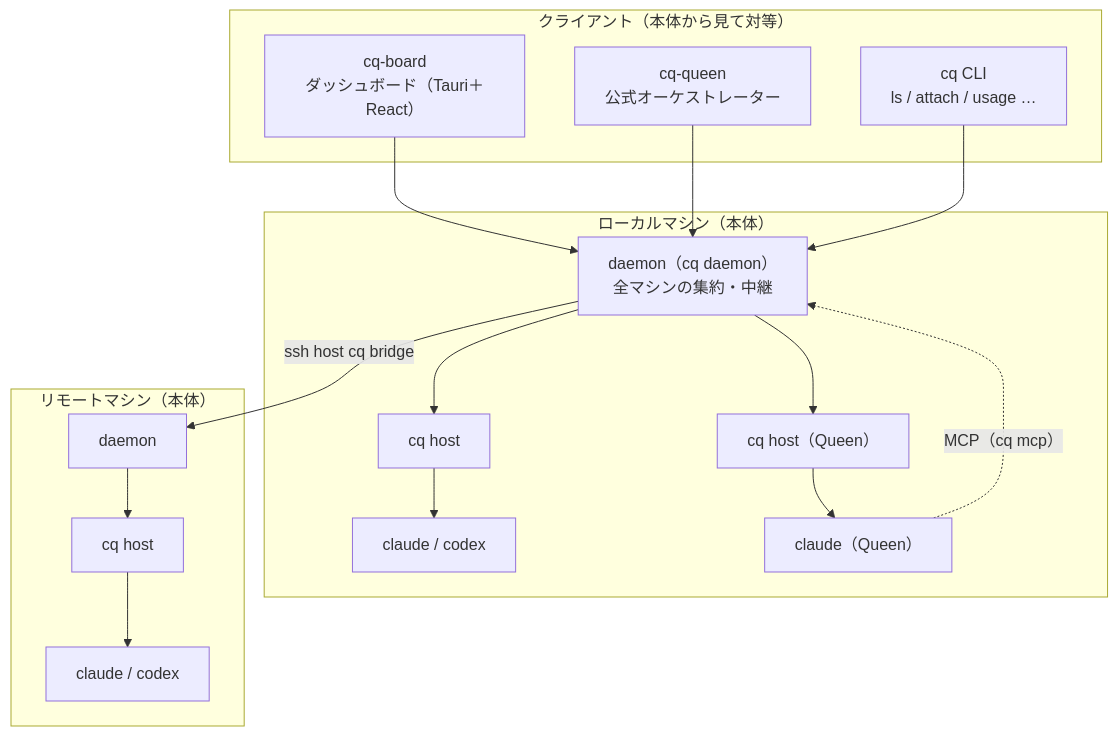
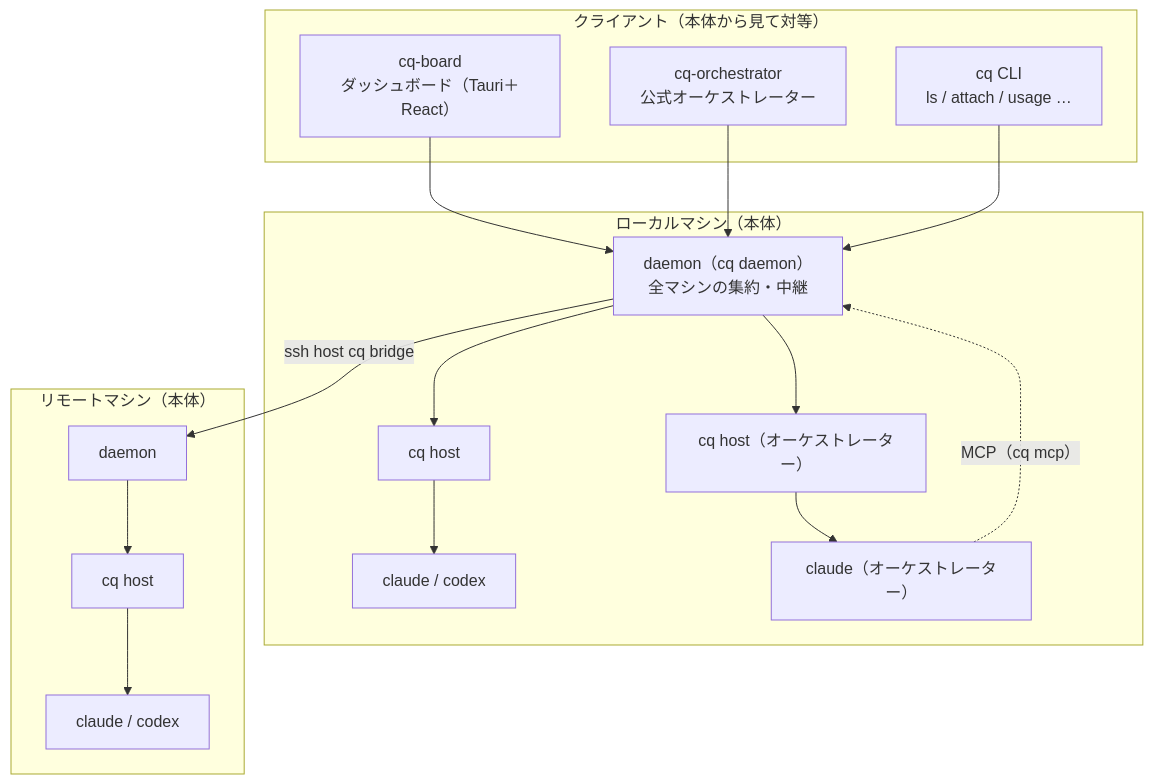
Before and after one commit to okenakt/code-quilt: the first of 3 diagrams in docs/design.md, drawn with Mermaid. The commit also changed other lines of this file and 18 other files, not shown here.

Commit message:
Rename Queen to orchestrator

````diff
--- a/docs/design.md
+++ b/docs/design.md
@@ -47,20 +37,20 @@
 ```mermaid
 flowchart TB
   subgraph Clients["クライアント（本体から見て対等）"]
     Board["cq-board<br/>ダッシュボード（Tauri＋React）"]
-    Queen["cq-queen<br/>公式オーケストレーター"]
+    Orch["cq-orchestrator<br/>公式オーケストレーター"]
     CLI["cq CLI<br/>ls / attach / usage …"]
   end
   subgraph Local["ローカルマシン（本体）"]
     CQD["daemon（cq daemon）<br/>全マシンの集約・中継"]
     H1["cq host"] --> A1["claude / codex"]
-    QH["cq host（Queen）"] --> QA["claude（Queen）"]
+    QH["cq host（オーケストレーター）"] --> QA["claude（オーケストレーター）"]
   end
   subgraph Remote["リモートマシン（本体）"]
     RCQD["daemon"] --> H2["cq host"] --> A2["claude / codex"]
   end
-  Board & Queen & CLI --> CQD
+  Board & Orch & CLI --> CQD
   CQD --> H1 & QH
   CQD -- "ssh host cq bridge" --> RCQD
   QA -. "MCP（cq mcp）" .-> CQD
 ```
````
